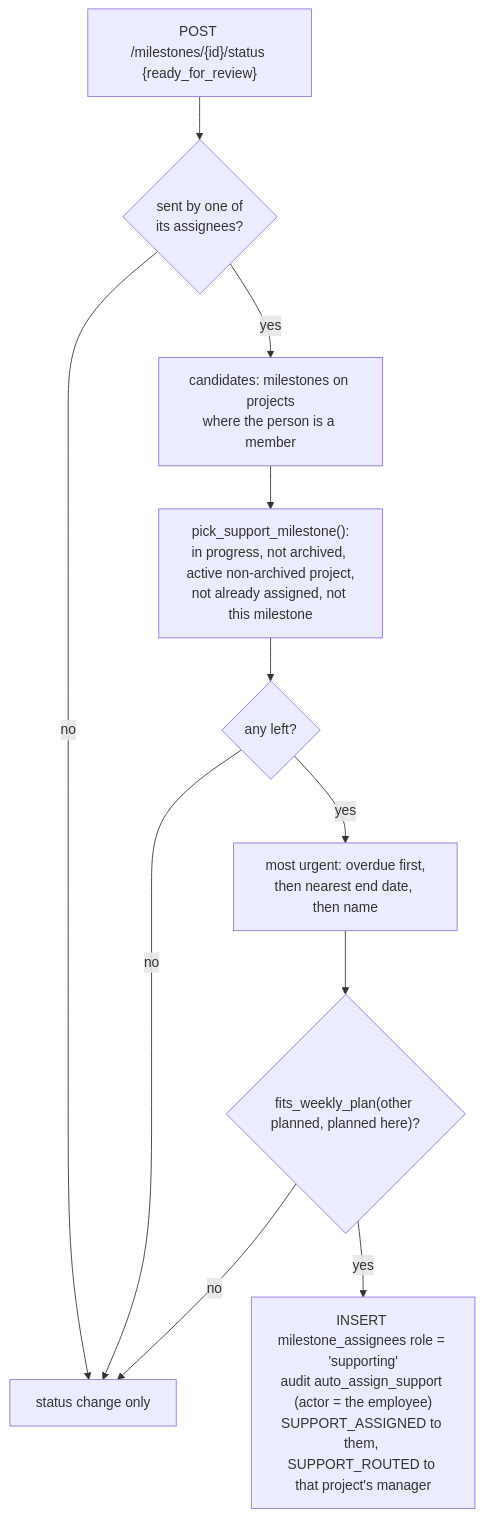
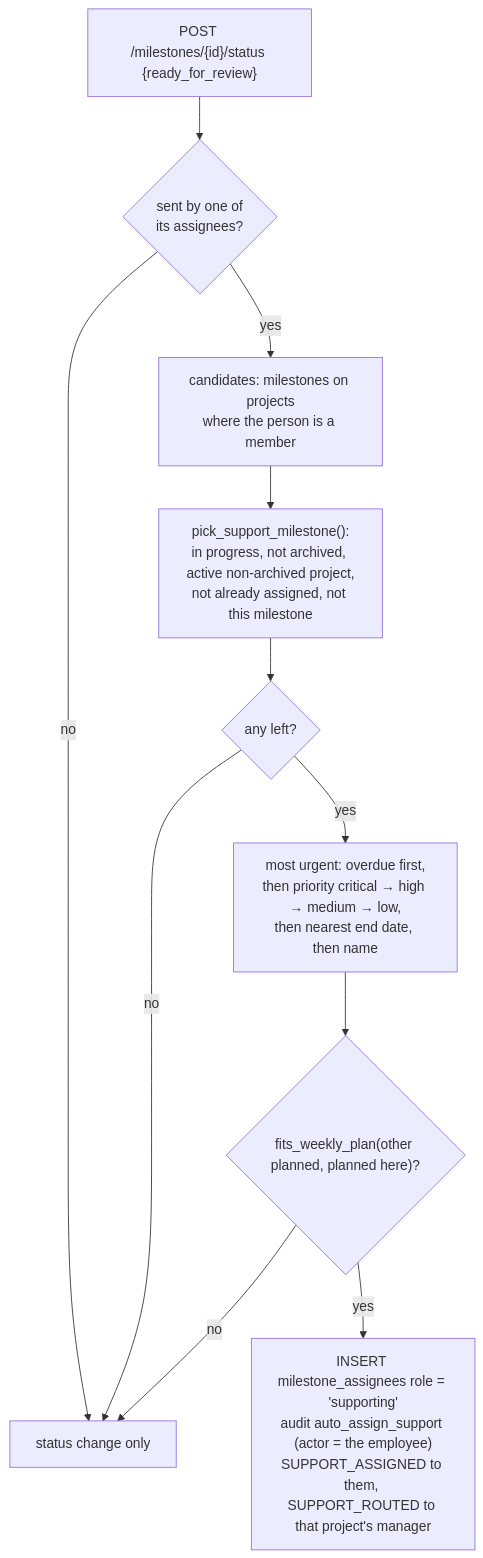
Before and after one commit to RootMoataz/citi-overwatch: the ninth of 14 diagrams in docs/project/LOGIC_WALKTHROUGH.md, drawn with Mermaid. The commit also changed other lines of this file and 23 other files, not shown here.

First line of the commit message:
Add milestone priority (low/medium/high/critical) and let it order routing, deliverables and insights

````diff
--- a/docs/project/LOGIC_WALKTHROUGH.md
+++ b/docs/project/LOGIC_WALKTHROUGH.md
@@ -235,13 +235,13 @@
 ```mermaid
 flowchart TD
   A["POST /milestones/{id}/status {ready_for_review}"] --> B{sent by one of<br/>its assignees?}
   B -- no --> Done[status change only]
   B -- yes --> C[candidates: milestones on projects<br/>where the person is a member]
   C --> D["pick_support_milestone():<br/>in progress, not archived, active non-archived project,<br/>not already assigned, not this milestone"]
   D --> E{any left?}
   E -- no --> Done
-  E -- yes --> F[most urgent: overdue first,<br/>then nearest end date, then name]
+  E -- yes --> F[most urgent: overdue first,<br/>then priority critical → high → medium → low,<br/>then nearest end date, then name]
   F --> G{"fits_weekly_plan(other planned, planned here)?"}
   G -- no --> Done
   G -- yes --> H["INSERT milestone_assignees role = 'supporting'<br/>audit auto_assign_support (actor = the employee)<br/>SUPPORT_ASSIGNED to them, SUPPORT_ROUTED to that project's manager"]
 ```
````
